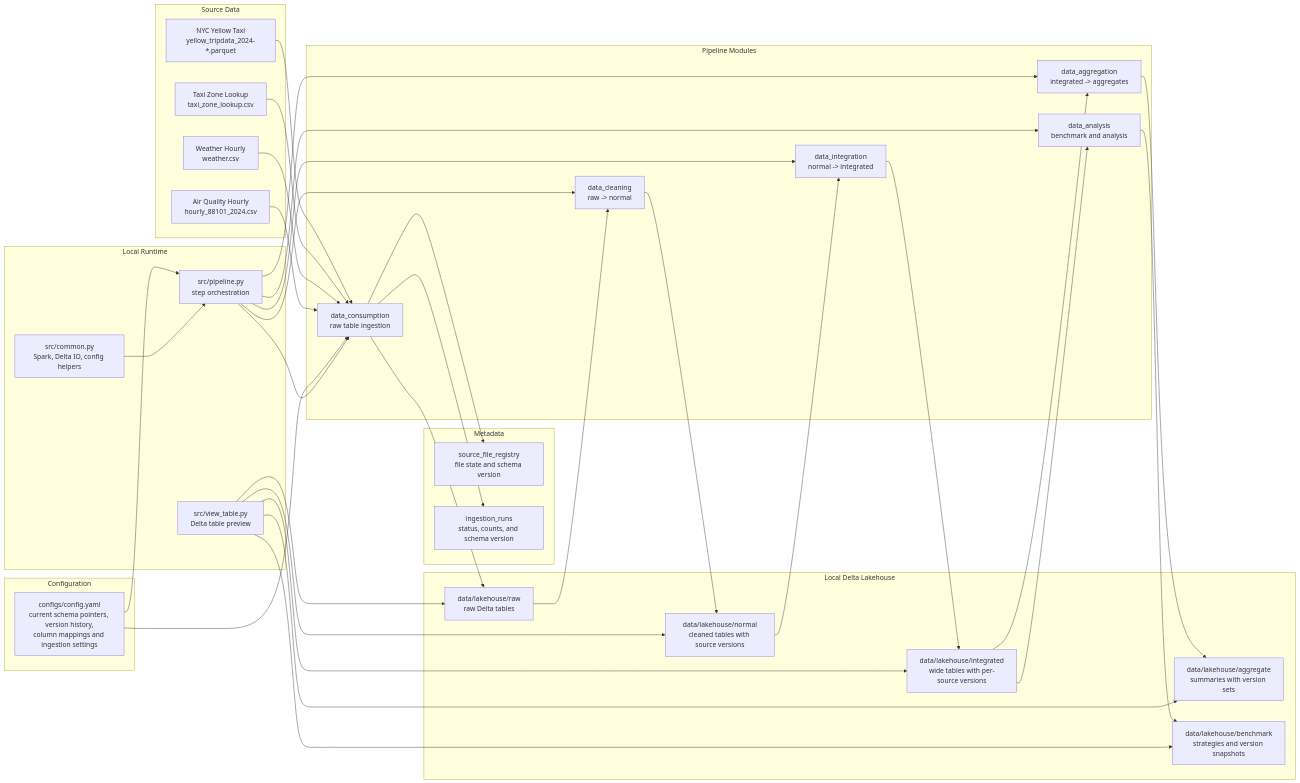
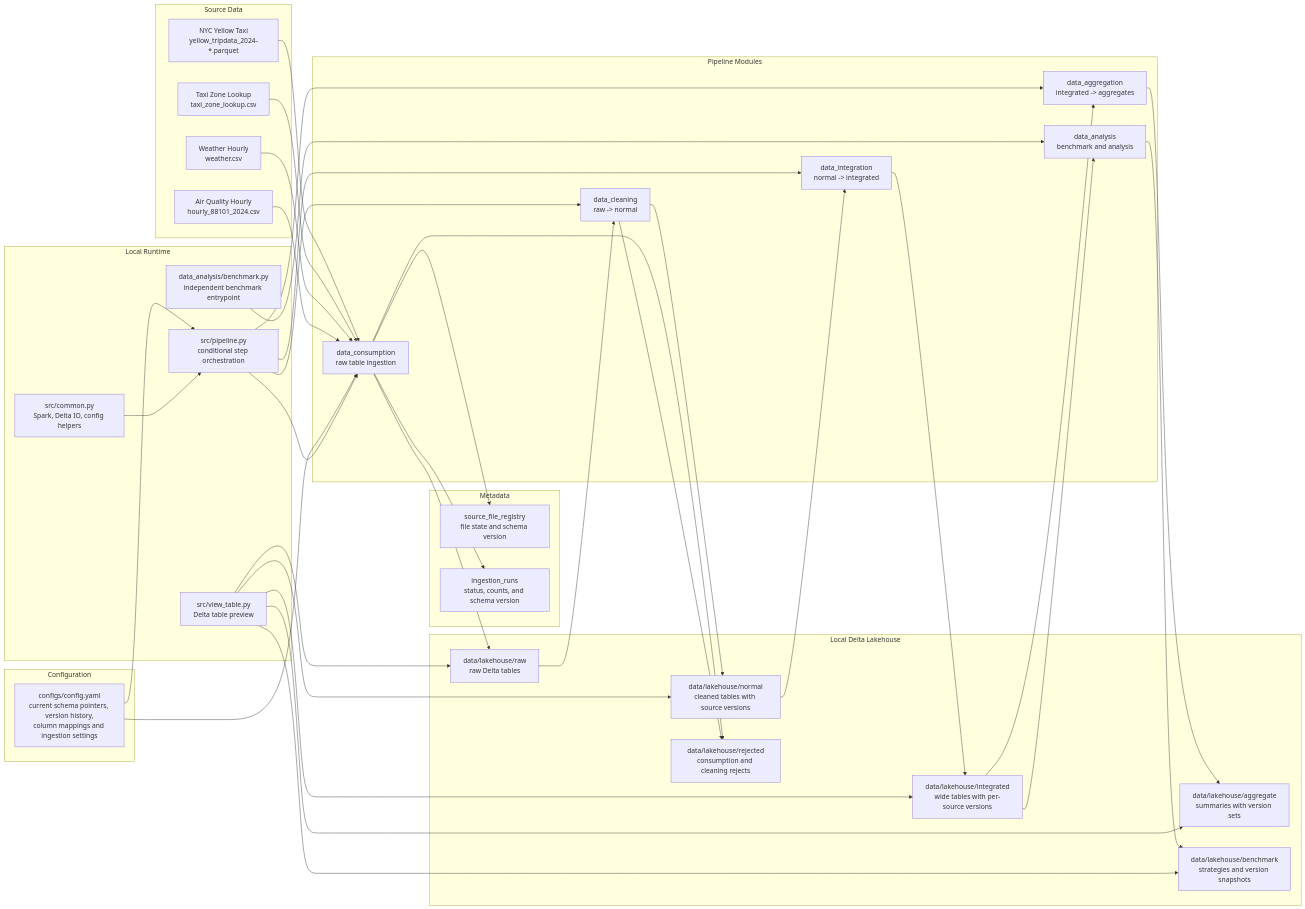
The first of 2 diagrams in docs/architecture.md (zhoubin0216/lakehouse), drawn with Mermaid before and after one commit. The commit also changed other lines of this file and 13 other files, not shown here.

````diff
--- a/docs/architecture.md
+++ b/docs/architecture.md
@@ -5,72 +5,76 @@
 ```mermaid
 flowchart LR
     subgraph Sources["Source Data"]
         TaxiFiles["NYC Yellow Taxi<br/>yellow_tripdata_2024-*.parquet"]
         ZoneFile["Taxi Zone Lookup<br/>taxi_zone_lookup.csv"]
         WeatherFile["Weather Hourly<br/>weather.csv"]
         AirQualityFile["Air Quality Hourly<br/>hourly_88101_2024.csv"]
     end
 
     subgraph Config["Configuration"]
         ConfigYaml["configs/config.yaml<br/>current schema pointers, version history,<br/>column mappings and ingestion settings"]
     end
 
     subgraph Runtime["Local Runtime"]
-        Pipeline["src/pipeline.py<br/>step orchestration"]
+        Pipeline["src/pipeline.py<br/>conditional step orchestration"]
+        BenchmarkEntry["data_analysis/benchmark.py<br/>independent benchmark entrypoint"]
         Common["src/common.py<br/>Spark, Delta IO, config helpers"]
         Viewer["src/view_table.py<br/>Delta table preview"]
     end
 
     subgraph Modules["Pipeline Modules"]
         Consumption["data_consumption<br/>raw table ingestion"]
         Cleaning["data_cleaning<br/>raw -> normal"]
         Integration["data_integration<br/>normal -> integrated"]
         Aggregation["data_aggregation<br/>integrated -> aggregates"]
         Analysis["data_analysis<br/>benchmark and analysis"]
     end
 
     subgraph Metadata["Metadata"]
         Registry["source_file_registry<br/>file state and schema version"]
         Runs["ingestion_runs<br/>status, counts, and schema version"]
     end
 
     subgraph Lakehouse["Local Delta Lakehouse"]
         Raw["data/lakehouse/raw<br/>raw Delta tables"]
         Normal["data/lakehouse/normal<br/>cleaned tables with source versions"]
         Integrated["data/lakehouse/integrated<br/>wide tables with per-source versions"]
         Aggregate["data/lakehouse/aggregate<br/>summaries with version sets"]
         Benchmark["data/lakehouse/benchmark<br/>strategies and version snapshots"]
+        Rejected["data/lakehouse/rejected<br/>consumption and cleaning rejects"]
     end
 
     TaxiFiles --> Consumption
     ZoneFile --> Consumption
     WeatherFile --> Consumption
     AirQualityFile --> Consumption
 
     ConfigYaml --> Pipeline
     ConfigYaml --> Consumption
     Common --> Pipeline
     Pipeline --> Consumption
     Pipeline --> Cleaning
     Pipeline --> Integration
     Pipeline --> Aggregation
-    Pipeline --> Analysis
+    BenchmarkEntry --> Analysis
 
     Consumption --> Raw
+    Consumption --> Rejected
     Consumption --> Registry
     Consumption --> Runs
     Raw --> Cleaning
+    Cleaning --> Rejected
     Cleaning --> Normal
     Normal --> Integration
     Integration --> Integrated
     Integrated --> Aggregation
     Integrated --> Analysis
     Aggregation --> Aggregate
     Analysis --> Benchmark
 
     Viewer --> Raw
     Viewer --> Normal
     Viewer --> Integrated
     Viewer --> Aggregate
     Viewer --> Benchmark
 ```
````
